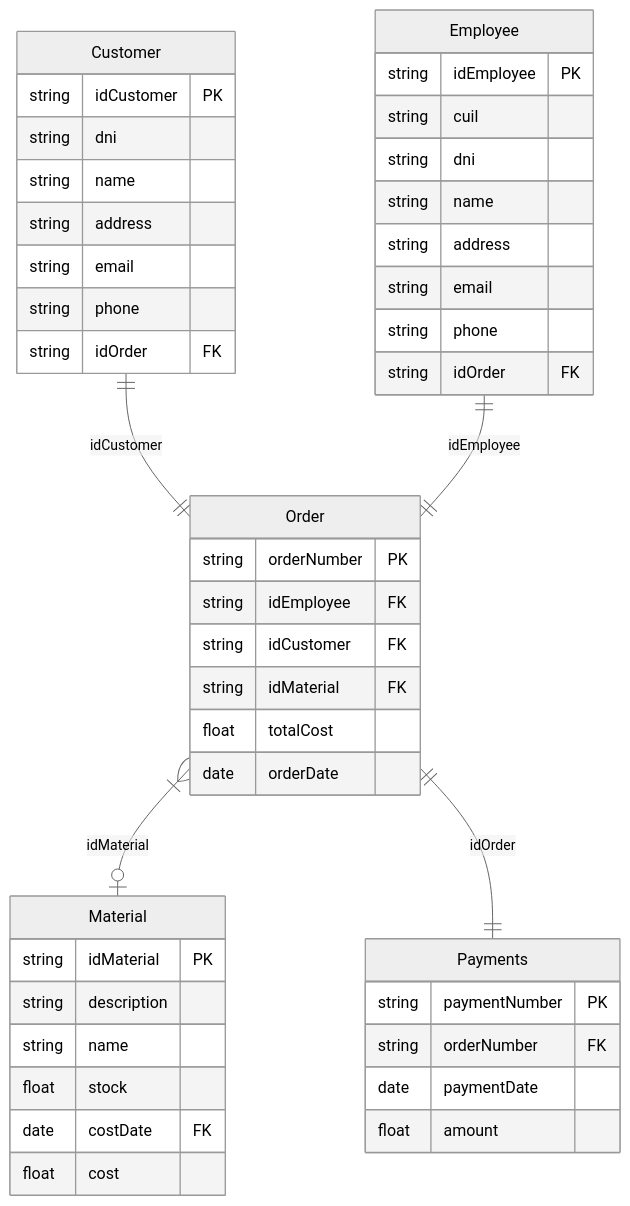
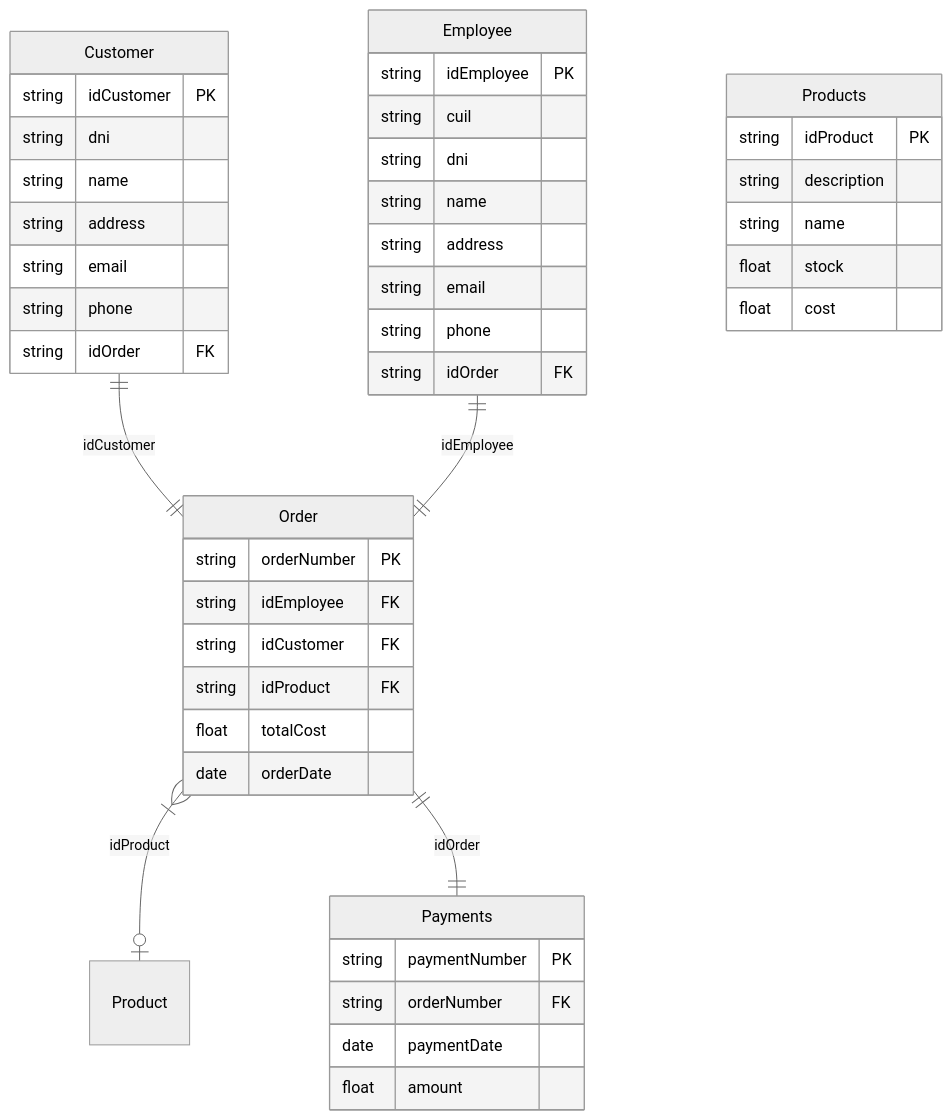
One commit to utnfrrodsw/tp changed the diagram in proposal.md. Above: the diagram before and after it, drawn with Mermaid (neutral theme). The commit also changed other lines of this file, not shown here.

````diff
--- a/proposal.md
+++ b/proposal.md
@@ -17,56 +17,55 @@
 ```mermaid
 erDiagram
 
 Customer{
 string idCustomer PK
 string dni
 string name
 string address
 string email
 string phone
 string idOrder FK
 }
 
 Employee{
 string idEmployee PK
 string cuil
 string dni
 string name
 string address
 string email
 string phone
 string idOrder FK
 }
 
 Order{
 string orderNumber PK
 string idEmployee FK
 string idCustomer FK
-string idMaterial FK
+string idProduct FK
 float totalCost
 date orderDate
 }
 
-Material{
-string idMaterial PK
+Products{
+string idProduct PK
 string description
 string name
 float stock
-date costDate FK
 float cost
 }
 
 
 Payments{
 string paymentNumber PK
 string orderNumber FK 
 date paymentDate
 float amount 
 }
 
 
 Customer ||--|| Order:idCustomer
 Employee ||--|| Order:idEmployee
-Order }|--o| Material:idMaterial
+Order }|--o| Product:idProduct
 Order ||--|| Payments:idOrder
 ```
````
